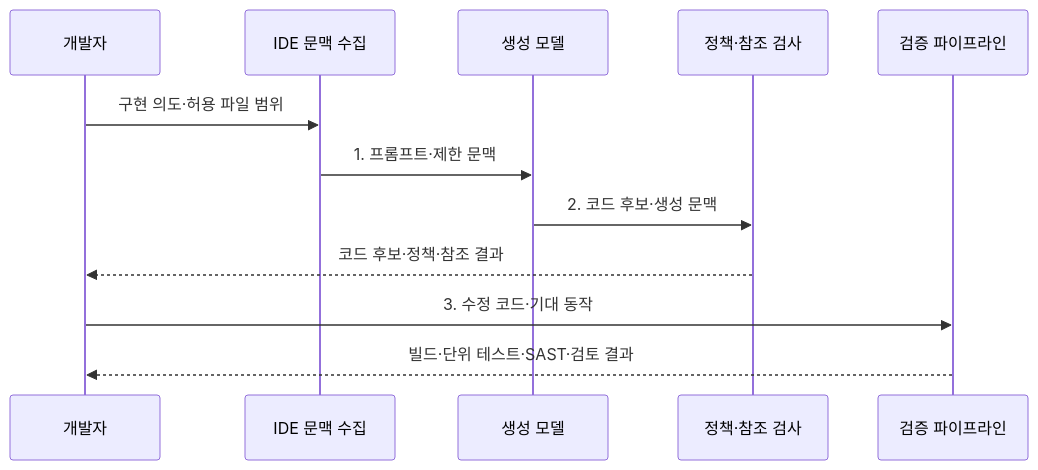
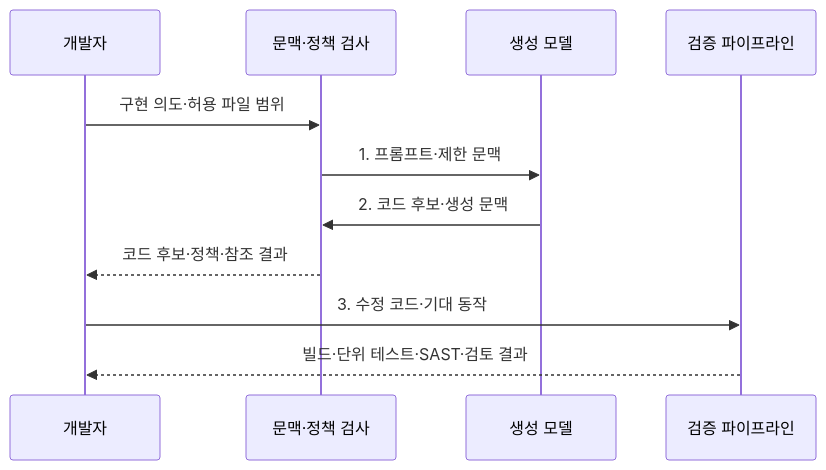
The second of 2 diagrams in src/content/docs/notes/03-software/081_ai_code_generation.md (agnusdei1207/knowledge-base), drawn with Mermaid before and after one commit. The commit also changed 7 other files, not shown here.

Commit message:
Streamline software data diagrams

````diff
--- a/src/content/docs/notes/03-software/081_ai_code_generation.md
+++ b/src/content/docs/notes/03-software/081_ai_code_generation.md
@@ -101,14 +101,13 @@
 ```mermaid
 sequenceDiagram
     participant D as 개발자
-    participant C as IDE 문맥 수집
+    participant C as 문맥·정책 검사
     participant M as 생성 모델
-    participant P as 정책·참조 검사
     participant V as 검증 파이프라인
     D->>C: 구현 의도·허용 파일 범위
     C->>M: 1. 프롬프트·제한 문맥
-    M->>P: 2. 코드 후보·생성 문맥
-    P-->>D: 코드 후보·정책·참조 결과
+    M->>C: 2. 코드 후보·생성 문맥
+    C-->>D: 코드 후보·정책·참조 결과
     D->>V: 3. 수정 코드·기대 동작
     V-->>D: 빌드·단위 테스트·SAST·검토 결과
 ```
````
